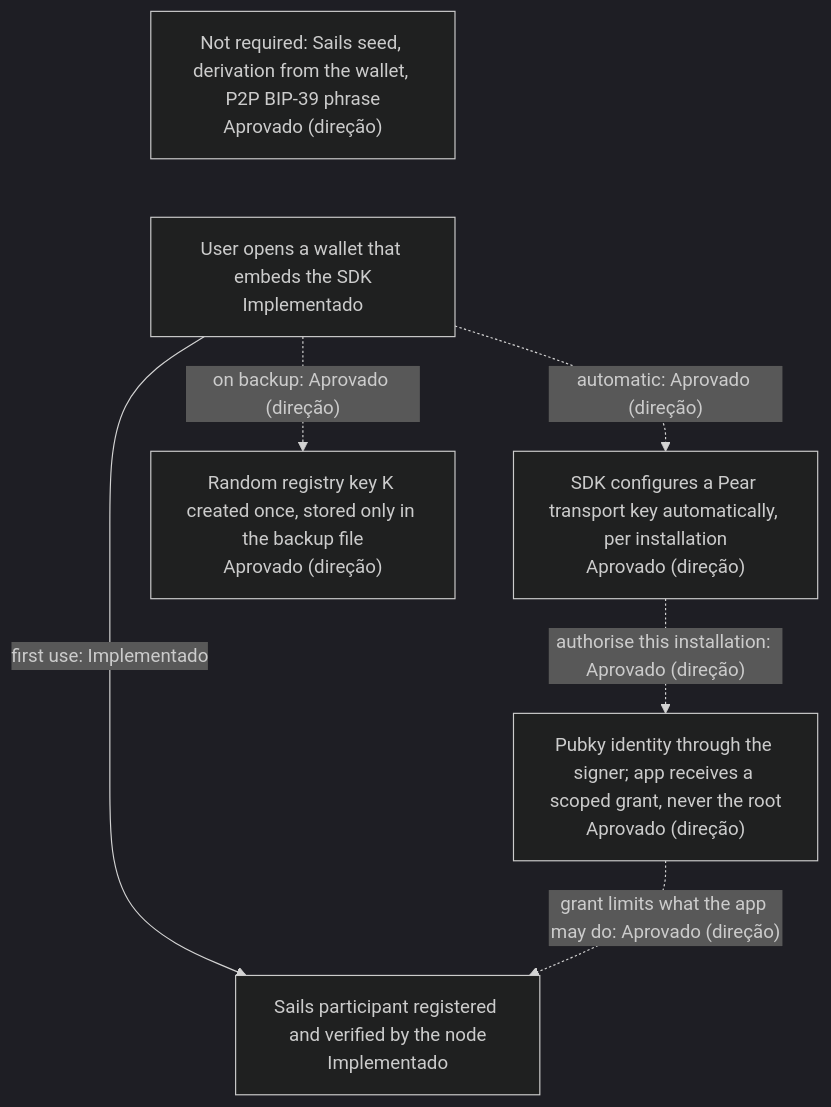
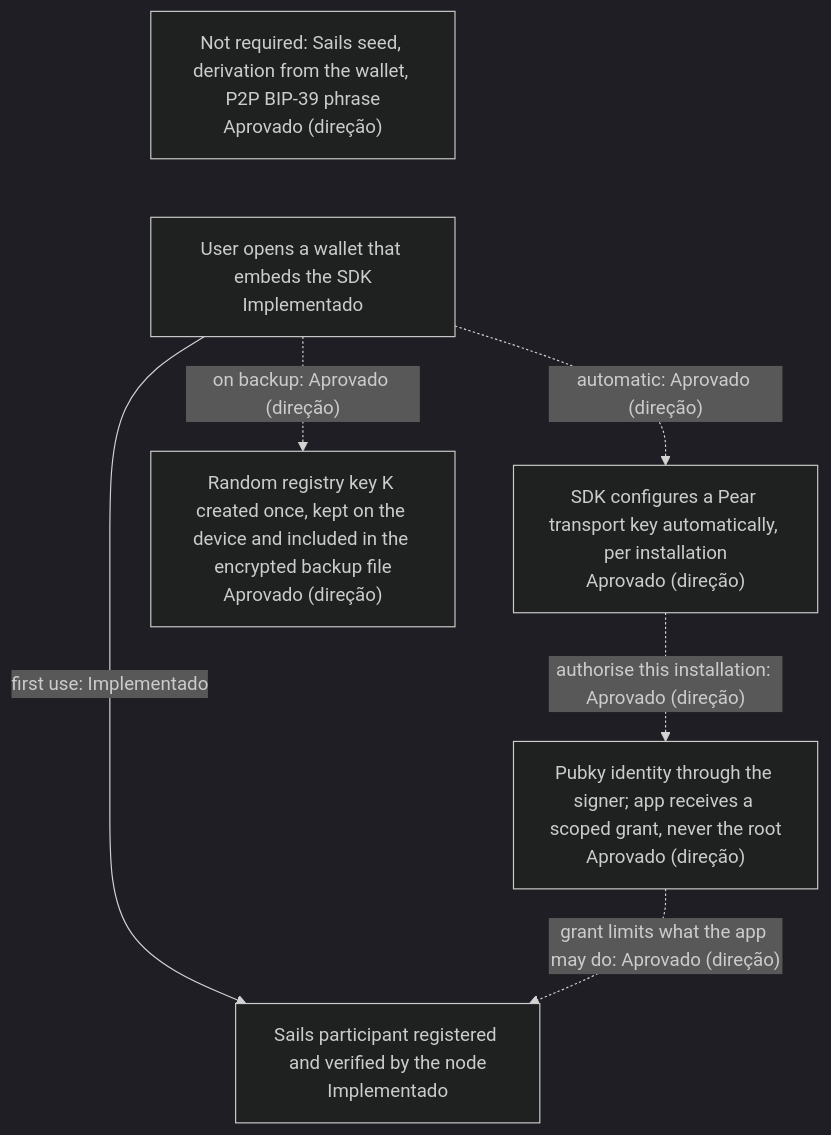
One commit to sails-protocol/Sails-Protocol changed the fourth of 6 diagrams in docs/SYSTEM_DESIGN.md. Above: the diagram before and after it, drawn with Mermaid (dark theme). The commit also changed other lines of this file, not shown here.

Commit message:
docs: ajustes de segurança/precisão dos diagramas de identidade (GK)

````diff
--- a/docs/SYSTEM_DESIGN.md
+++ b/docs/SYSTEM_DESIGN.md
@@ -669,15 +670,15 @@
 ```mermaid
 flowchart TD
   A["User opens a wallet that embeds the SDK<br/>Implementado"]
   B["SDK configures a Pear transport key automatically, per installation<br/>Aprovado (direção)"]
   C["Pubky identity through the signer; app receives a scoped grant, never the root<br/>Aprovado (direção)"]
   D["Sails participant registered and verified by the node<br/>Implementado"]
-  E["Random registry key K created once, stored only in the backup file<br/>Aprovado (direção)"]
+  E["Random registry key K created once, kept on the device and included in the encrypted backup file<br/>Aprovado (direção)"]
   X["Not required: Sails seed, derivation from the wallet, P2P BIP-39 phrase<br/>Aprovado (direção)"]
   A -->|"first use: Implementado"| D
   A -.->|"automatic: Aprovado (direção)"| B
   B -.->|"authorise this installation: Aprovado (direção)"| C
   C -.->|"grant limits what the app may do: Aprovado (direção)"| D
   A -.->|"on backup: Aprovado (direção)"| E
   X ~~~ A
 ```
````
